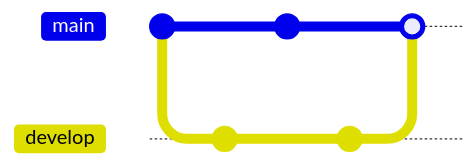
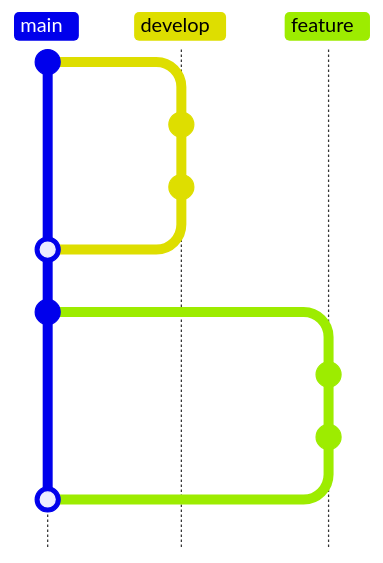
One commit to hodorii/dg changed the fifth of 5 diagrams in examples/gitgraph-vertical.md. Above: the diagram before and after it, drawn with Mermaid. The commit also changed other lines of this file and 9 other files, not shown here. Commit ids are hidden.

````diff
--- a/examples/gitgraph-vertical.md
+++ b/examples/gitgraph-vertical.md
@@ -29,13 +105,17 @@
 ```mermaid
-gitGraph LR:
+gitGraph TB:
     commit id: "init"
     branch develop
     checkout develop
-    commit id: "feature-a"
-    checkout main
-    commit id: "hotfix"
-    checkout develop
-    commit id: "feature-b"
+    commit id: "update"
+    commit id: "fix"
     checkout main
     merge develop
+    commit "merge develop"
+    branch feature
+    checkout feature
+    commit "feature/1"
+    commit "tested"
+    checkout main
+    merge feature
 ```
````
